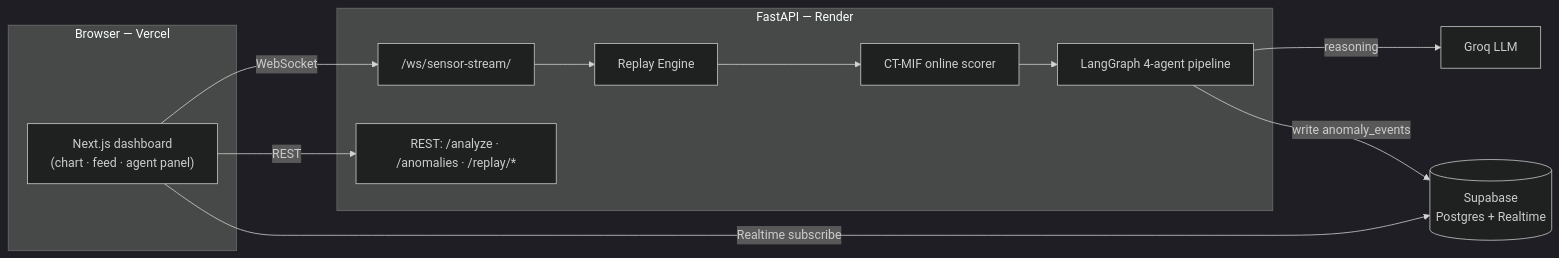
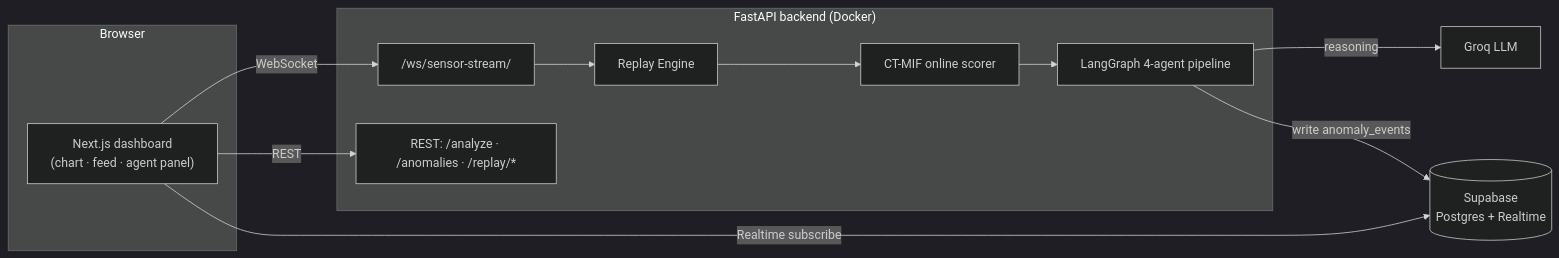
Before and after one commit to yuvaksc/cps: the first of 2 diagrams in README.md, drawn with Mermaid (dark theme). The commit also changed other lines of this file and 12 other files, not shown here.

````diff
--- a/README.md
+++ b/README.md
@@ -14,22 +13,22 @@
 ```mermaid
 flowchart LR
-  subgraph B["Browser — Vercel"]
+  subgraph B["Browser"]
     UI["Next.js dashboard<br/>(chart · feed · agent panel)"]
   end
-  subgraph API["FastAPI — Render"]
+  subgraph API["FastAPI backend (Docker)"]
     WS["/ws/sensor-stream/"]
     REST["REST: /analyze · /anomalies · /replay/*"]
     RE["Replay Engine"]
     SC["CT-MIF online scorer"]
     AG["LangGraph 4-agent pipeline"]
   end
   SB[("Supabase<br/>Postgres + Realtime")]
   GROQ["Groq LLM"]
 
   UI -- WebSocket --> WS
   UI -- Realtime subscribe --> SB
   UI -- REST --> REST
   WS --> RE --> SC --> AG
   AG -- reasoning --> GROQ
   AG -- write anomaly_events --> SB
 ```
````
